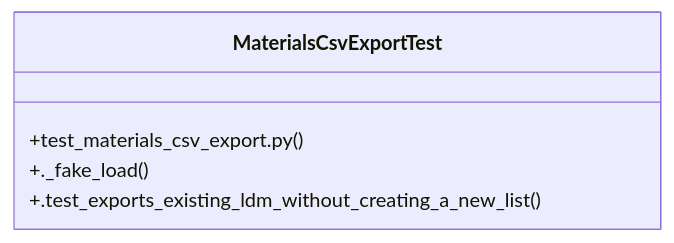
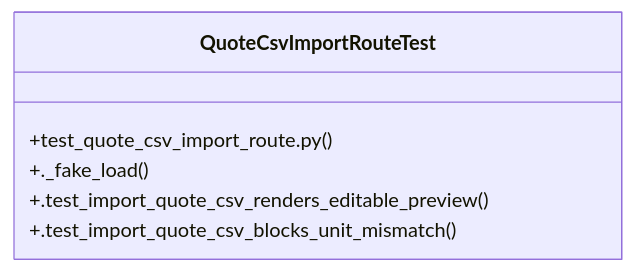
The diagram in graphify-out/wiki/Community_39.md (Daftrick/ProjectTracker), drawn with Mermaid before and after one commit. The commit also changed other lines of this file and 495 other files, not shown here.

````diff
--- a/graphify-out/wiki/Community_39.md
+++ b/graphify-out/wiki/Community_39.md
@@ -16,8 +16,9 @@
 ```mermaid
 classDiagram
-    class MaterialsCsvExportTest {
-        +test_materials_csv_export.py()
+    class QuoteCsvImportRouteTest {
+        +test_quote_csv_import_route.py()
         +._fake_load()
-        +.test_exports_existing_ldm_without_creating_a_new_list()
+        +.test_import_quote_csv_renders_editable_preview()
+        +.test_import_quote_csv_blocks_unit_mismatch()
     }
 ```
````
